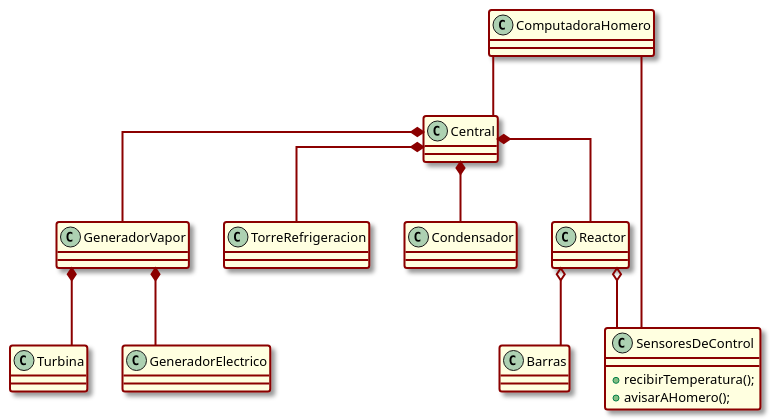
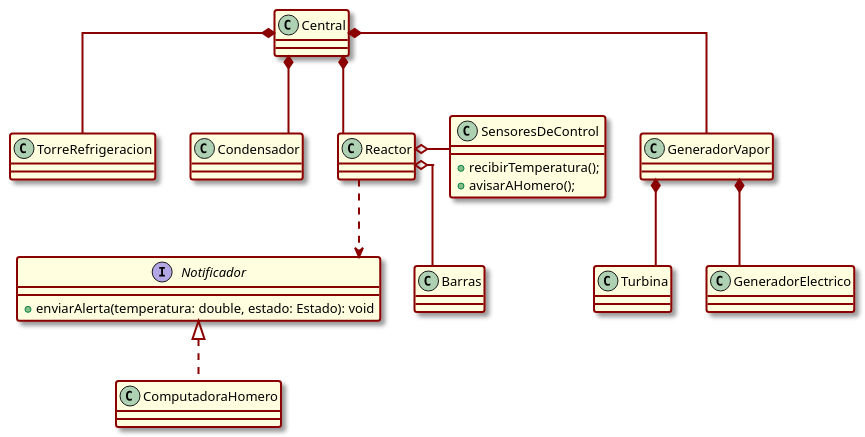
The diagram in Diagramas/Diagramas_de_clases/DiagramaDeClases.puml (Xr60031/Laboratorio_3_Trabajo_Practico_Reactor_Nuclear), drawn with PlantUML before and after one commit. The commit also changed 20 other files, not shown here.

```diff
--- a/Diagramas/Diagramas_de_clases/DiagramaDeClases.puml
+++ b/Diagramas/Diagramas_de_clases/DiagramaDeClases.puml
@@ -1,69 +1,73 @@
 @startuml DiagramaDeClases
 
 skinparam defaultFontName Arial
 skinparam DefaultFontSize 13
 skinparam Linetype ortho
 skinparam Arrowcolor darkred
 skinparam ArrowThickness 2
 skinparam Classbordercolor darkred
 skinparam ClassBorderThickness 2
 skinparam ClassBackgroundColor LightYellow
 skinparam Shadowing true
-skinparam GroupInheritance 1 /'1 indica la cantidad de flechas indeptes.'/
+skinparam GroupInheritance 1
 skinparam NoteBackgroundColor yellow
 skinparam NoteBorderThickness 2
 
 
 class ComputadoraHomero{
     
 }
 
 class Central{
     
 }
 
 class Reactor{
 
+}
+
+interface Notificador {
+    + enviarAlerta(temperatura: double, estado: Estado): void
 }
 
 class GeneradorVapor{
 
 }
 
 class TorreRefrigeracion{
 
 }
 
 class Condensador{
 
 }
 
 class Barras{
     
 }
 
 class SensoresDeControl{
     + recibirTemperatura();
     + avisarAHomero();
 }
 
 class Turbina{
 
 }
 
 class GeneradorElectrico{
 
 }
 
 Central *-- Reactor
 Central *-- GeneradorVapor
 GeneradorVapor *-- Turbina
 GeneradorVapor *-- GeneradorElectrico
 Central *-- TorreRefrigeracion
 Central *-- Condensador
-ComputadoraHomero -- Central
 Reactor o-- Barras
-Reactor o-- SensoresDeControl
-SensoresDeControl -- ComputadoraHomero
+Reactor o-l- SensoresDeControl
+Notificador <|.. ComputadoraHomero
+Notificador <.u. Reactor
 
 @enduml
```
